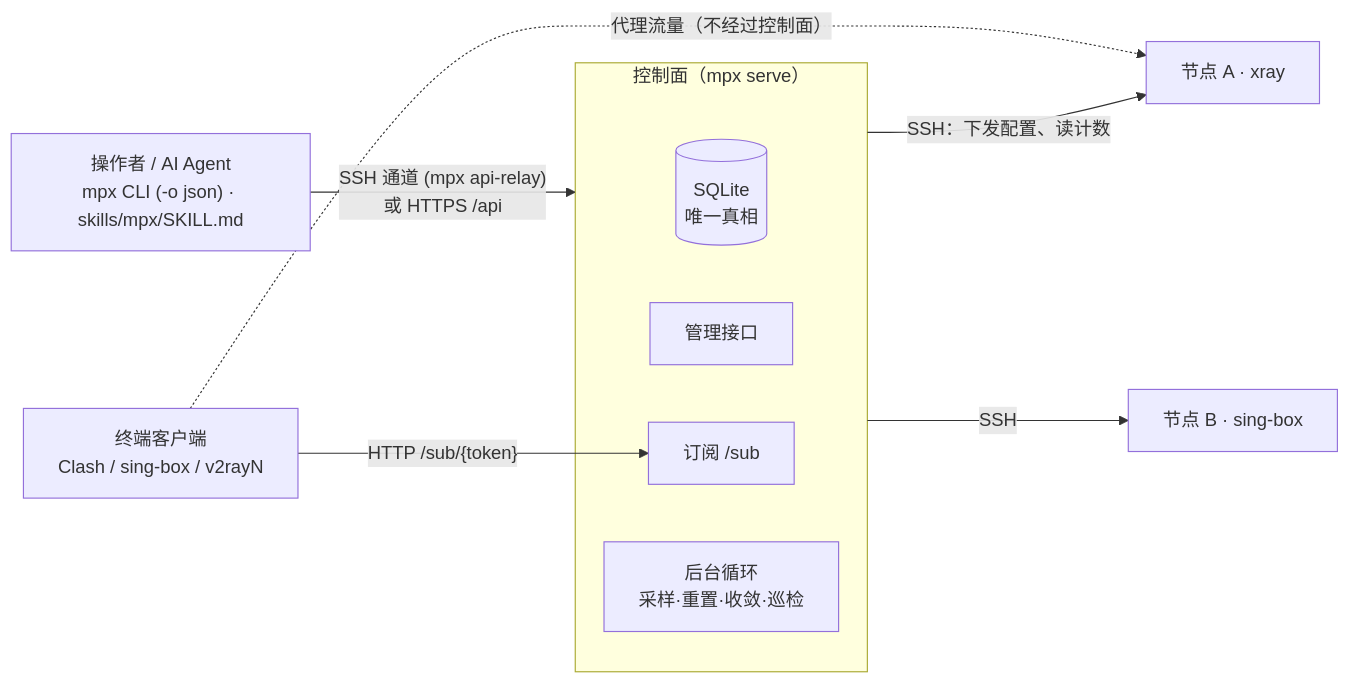
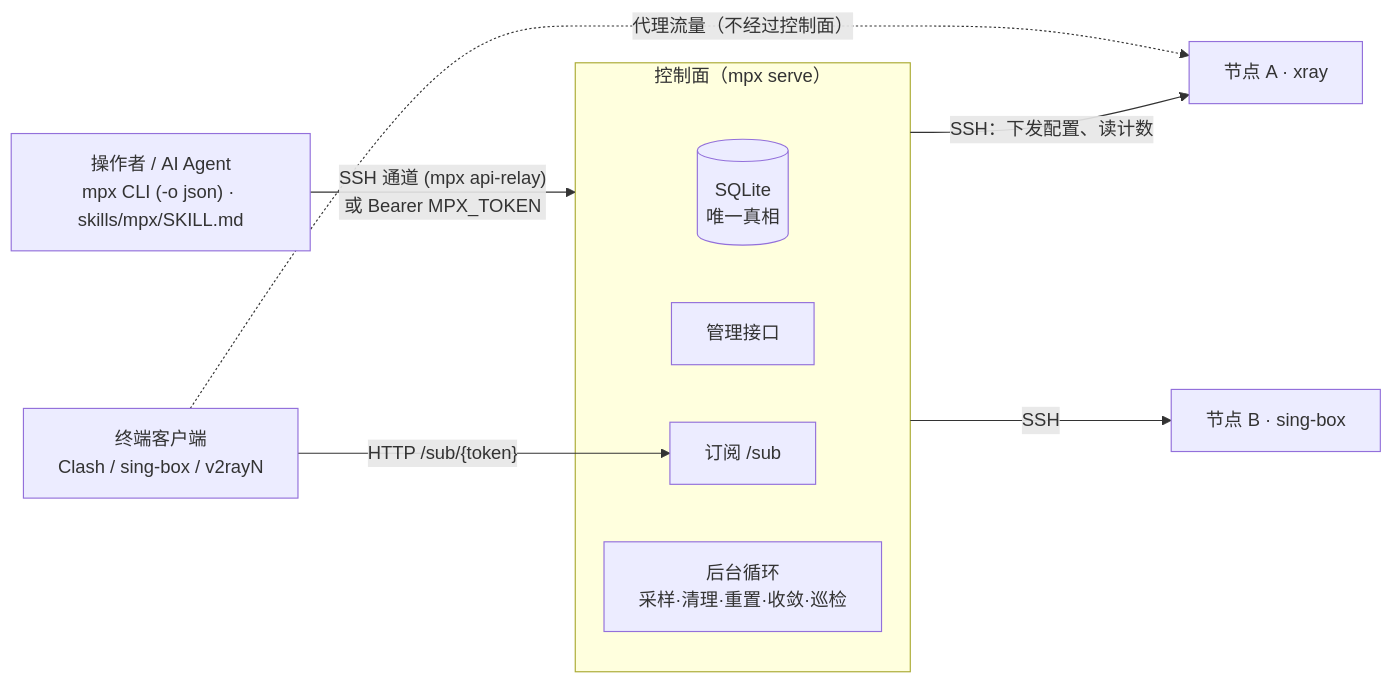
The diagram in docs/atlas/README.md (RovenEverward/my-proxy), drawn with Mermaid before and after one commit. The commit also changed other lines of this file and 1 other file, not shown here.

````diff
--- a/docs/atlas/README.md
+++ b/docs/atlas/README.md
@@ -54,14 +53,14 @@
 ```mermaid
 flowchart LR
-  op["操作者 / AI Agent<br/>mpx CLI (-o json) · skills/mpx/SKILL.md"] -- "SSH 通道 (mpx api-relay)<br/>或 HTTPS /api" --> cp
+  op["操作者 / AI Agent<br/>mpx CLI (-o json) · skills/mpx/SKILL.md"] -- "SSH 通道 (mpx api-relay)<br/>或 Bearer MPX_TOKEN" --> cp
   subgraph cp["控制面（mpx serve）"]
     db[("SQLite<br/>唯一真相")]
     api["管理接口"]
     sub["订阅 /sub"]
-    loop["后台循环<br/>采样·重置·收敛·巡检"]
+    loop["后台循环<br/>采样·清理·重置·收敛·巡检"]
   end
   cp -- "SSH：下发配置、读计数" --> n1["节点 A · xray"]
   cp -- "SSH" --> n2["节点 B · sing-box"]
   client["终端客户端<br/>Clash / sing-box / v2rayN"] -- "HTTP /sub/{token}" --> sub
   client -. "代理流量（不经过控制面）" .-> n1
 ```
````
